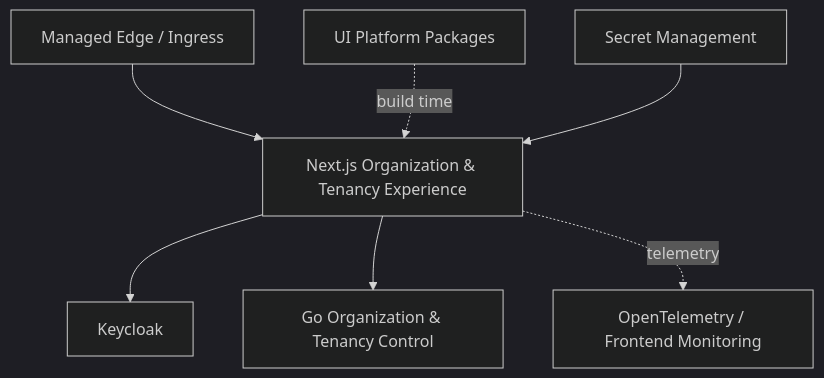
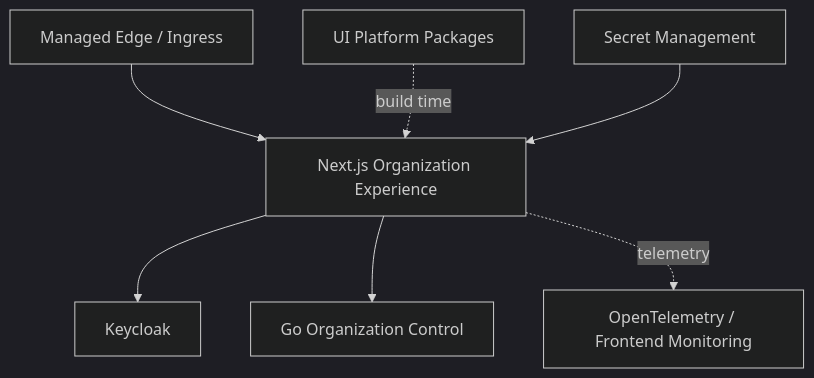
Before and after one commit to anshacerbia2/scnehaux-architecture: the second of 7 diagrams in 04-system/scnehaux-organization/scnehaux-organization-experience.sad.md, drawn with Mermaid (dark theme). The commit also changed other lines of this file and 45 other files, not shown here.

Commit message:
Align identity and tenancy architecture baseline

````diff
--- a/04-system/scnehaux-organization/scnehaux-organization-experience.sad.md
+++ b/04-system/scnehaux-organization/scnehaux-organization-experience.sad.md
@@ -134,17 +134,17 @@
 ```mermaid
 graph TB
     EDGE[Managed Edge / Ingress]
-    WEB[Next.js Organization & Tenancy Experience]
+    WEB[Next.js Organization Experience]
     KC[Keycloak]
-    API[Go Organization & Tenancy Control]
+    API[Go Organization Control]
     UIP[UI Platform Packages]
     OBS[OpenTelemetry / Frontend Monitoring]
     SECRET[Secret Management]
 
     EDGE --> WEB
     WEB --> KC
     WEB --> API
     UIP -. build time .-> WEB
     SECRET --> WEB
     WEB -. telemetry .-> OBS
 ```
````
